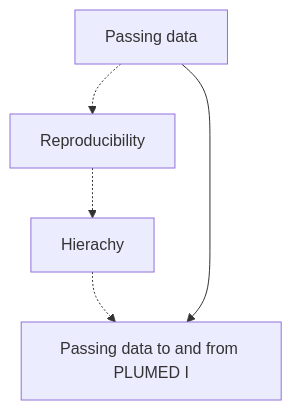
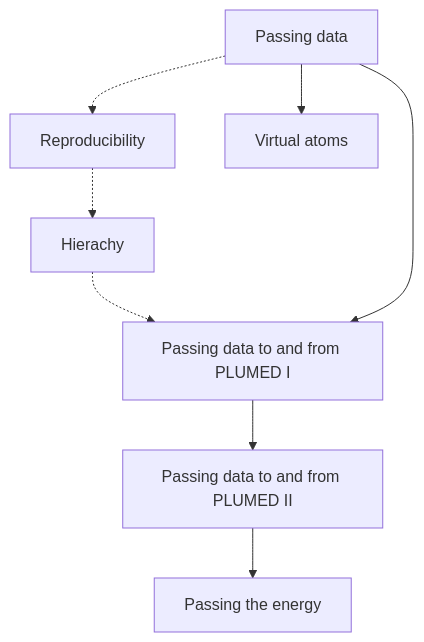
The diagram in NAVIGATION.md (gtribello/plumed-thoughts), drawn with Mermaid before and after one commit. The commit also changed 3 other files, not shown here.

````diff
--- a/NAVIGATION.md
+++ b/NAVIGATION.md
@@ -21,11 +21,17 @@
 ```mermaid
 flowchart TB;
   A[Passing data] -.-> B[Reproducibility];
   B -.-> C[Hierachy];
   C -.-> D[Passing data to and from PLUMED I];
+  D --> E[Passing data to and from PLUMED II];
   A --> D;
+  E --> F[Passing the energy];
+  A --> G[Virtual atoms]
   click A "Passing.md" "8th May 2023: General thoughts about how data is passed between PLUMED actions";
   click B "Reproducibility.md" "8th May 2023: General thoughts about why we want to do calculations that are reproducibile";
   click C "Community.md" "8th May 2023: General thoughts about how we support communities of scholars"
   click D "MDInterfaceI.md" "8th May 2023: A description of how data is passed to and from PLUMED"
+  click E "MDInterfaceII.md" "21st May 2023: A description of how atomic properties are passed to and from PLUMED"
+  click F "PassingEnergy.md" "21st May 2023: A description of how potential energy is passed to PLUMED"
+  click G "VirtualAtoms.md" "22nd May 2023: A description of how virtual atom positions are passed between Actions in PLUMED"
 ```
````
